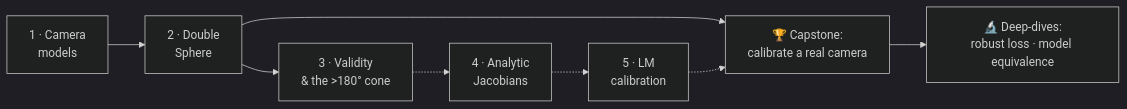
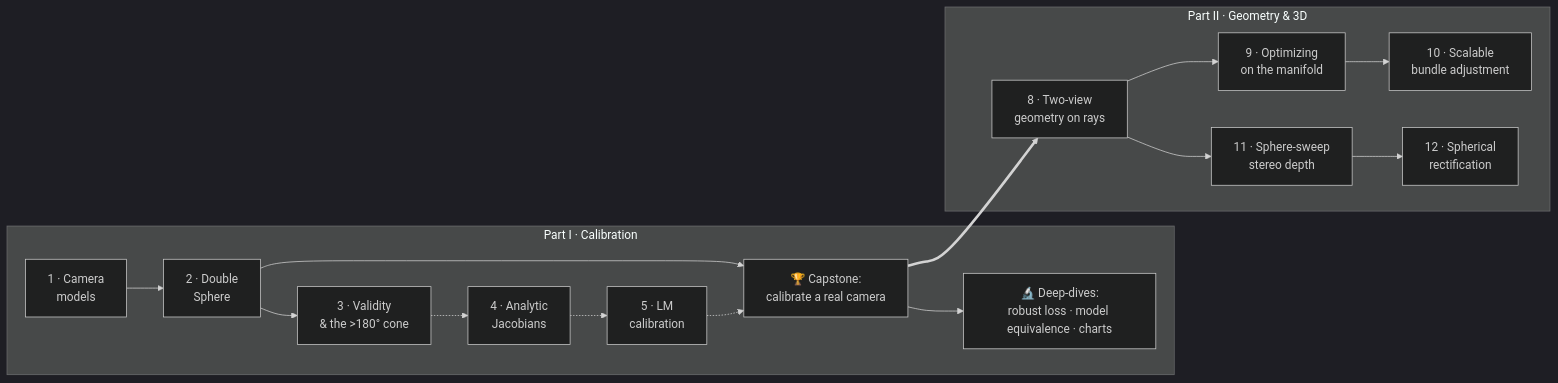
Before and after one commit to Neural-Sorcerer/DS-MSP: the diagram in docs/learn/README.md, drawn with Mermaid (dark theme). The commit also changed other lines of this file and 4 other files, not shown here.

````diff
--- a/docs/learn/README.md
+++ b/docs/learn/README.md
@@ -39,10 +46,19 @@
 ```mermaid
 graph LR
-    C1["1 · Camera<br/>models"] --> C2["2 · Double<br/>Sphere"]
-    C2 --> CAP["🏆 Capstone:<br/>calibrate a real camera"]
-    C2 --> C3["3 · Validity<br/>& the >180° cone"]
-    C3 -.-> C4["4 · Analytic<br/>Jacobians"]
-    C4 -.-> C5["5 · LM<br/>calibration"]
-    C5 -.-> CAP
-    CAP --> DD["🔬 Deep-dives:<br/>robust loss · model equivalence"]
+    subgraph PI["Part I · Calibration"]
+        A1["1 · Camera<br/>models"] --> A2["2 · Double<br/>Sphere"]
+        A2 --> A3["3 · Validity<br/>& the >180° cone"]
+        A2 --> CAP["🏆 Capstone:<br/>calibrate a real camera"]
+        A3 -.-> A4["4 · Analytic<br/>Jacobians"]
+        A4 -.-> A5["5 · LM<br/>calibration"]
+        A5 -.-> CAP
+        CAP --> DD["🔬 Deep-dives:<br/>robust loss · model equivalence · charts"]
+    end
+    subgraph PII["Part II · Geometry &amp; 3D"]
+        B8["8 · Two-view<br/>geometry on rays"] --> B9["9 · Optimizing<br/>on the manifold"]
+        B9 --> B10["10 · Scalable<br/>bundle adjustment"]
+        B8 --> B11["11 · Sphere-sweep<br/>stereo depth"]
+        B11 --> B12["12 · Spherical<br/>rectification"]
+    end
+    CAP ==> B8
 ```
````
